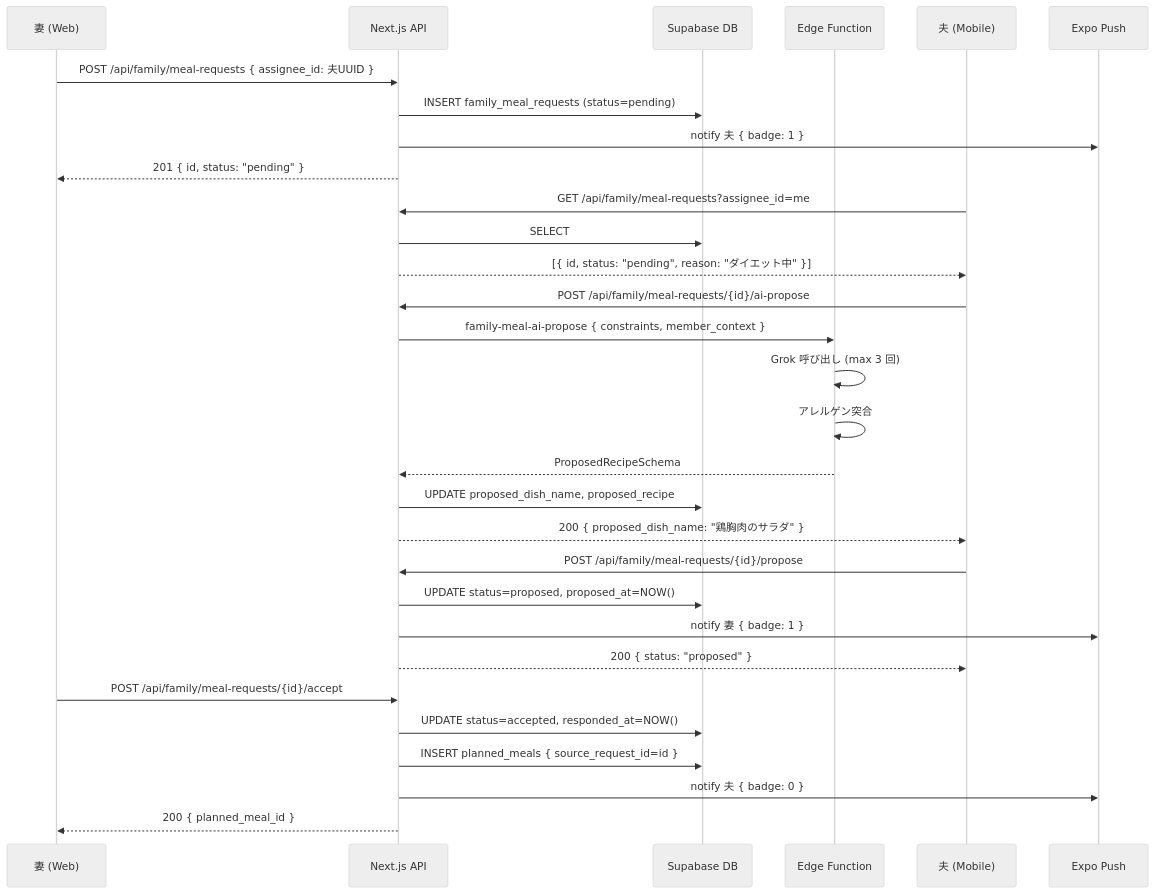
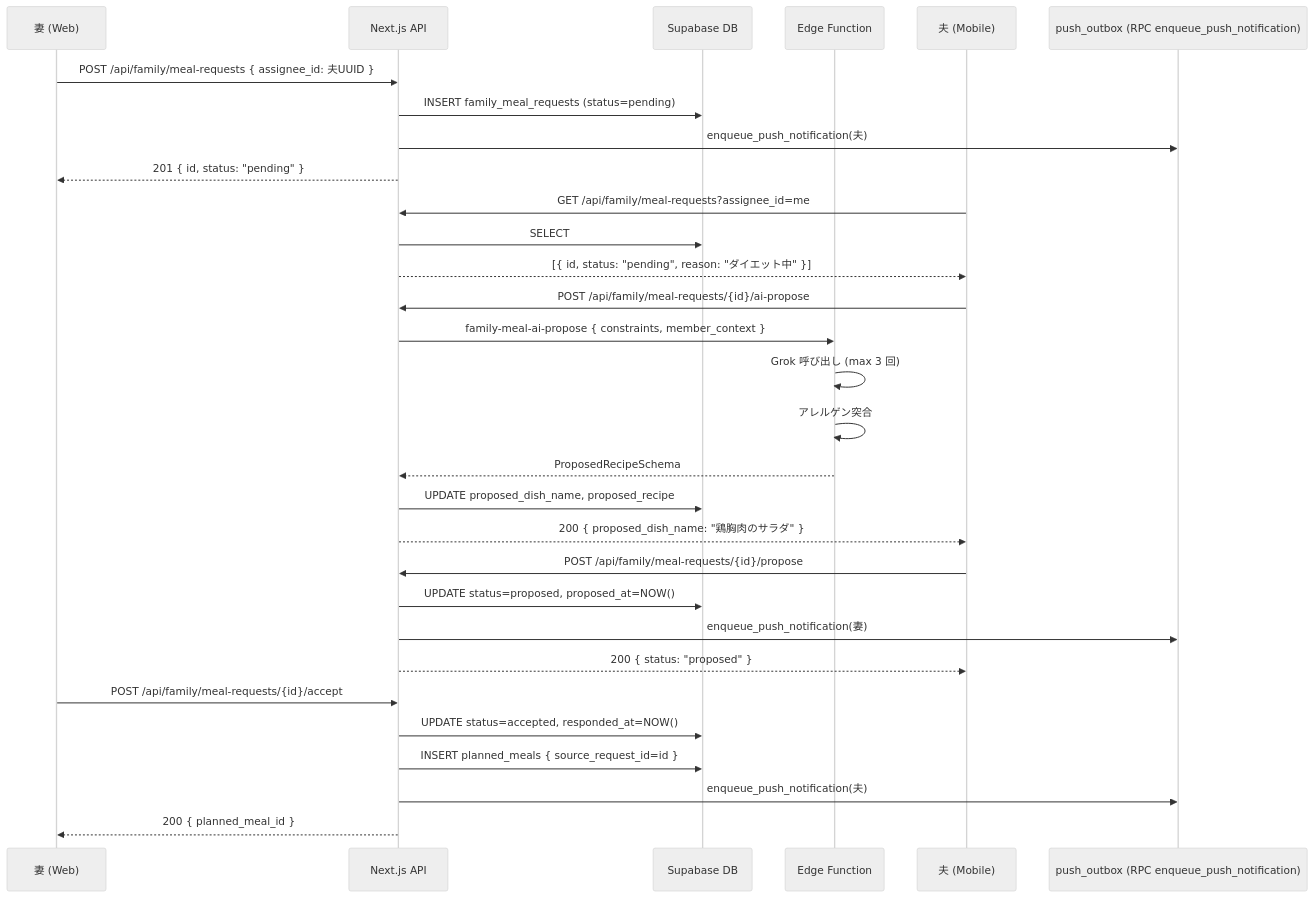
The fourth of 5 diagrams in docs/design/family/04-meal-request-flow.md (DaisukeHori/homegohan-app), drawn with Mermaid (neutral theme) before and after one commit. The commit also changed other lines of this file and 10 other files, not shown here.

````diff
--- a/docs/design/family/04-meal-request-flow.md
+++ b/docs/design/family/04-meal-request-flow.md
@@ -369,37 +368,37 @@
 ```mermaid
 sequenceDiagram
   participant W as 妻 (Web)
   participant API as Next.js API
   participant DB as Supabase DB
   participant EF as Edge Function
   participant H as 夫 (Mobile)
-  participant Push as Expo Push
+  participant Push as push_outbox (RPC enqueue_push_notification)
 
   W->>API: POST /api/family/meal-requests { assignee_id: 夫UUID }
   API->>DB: INSERT family_meal_requests (status=pending)
-  API->>Push: notify 夫 { badge: 1 }
+  API->>Push: enqueue_push_notification(夫)
   API-->>W: 201 { id, status: "pending" }
 
   H->>API: GET /api/family/meal-requests?assignee_id=me
   API->>DB: SELECT
   API-->>H: [{ id, status: "pending", reason: "ダイエット中" }]
 
   H->>API: POST /api/family/meal-requests/{id}/ai-propose
   API->>EF: family-meal-ai-propose { constraints, member_context }
   EF->>EF: Grok 呼び出し (max 3 回)
   EF->>EF: アレルゲン突合
   EF-->>API: ProposedRecipeSchema
   API->>DB: UPDATE proposed_dish_name, proposed_recipe
   API-->>H: 200 { proposed_dish_name: "鶏胸肉のサラダ" }
 
   H->>API: POST /api/family/meal-requests/{id}/propose
   API->>DB: UPDATE status=proposed, proposed_at=NOW()
-  API->>Push: notify 妻 { badge: 1 }
+  API->>Push: enqueue_push_notification(妻)
   API-->>H: 200 { status: "proposed" }
 
   W->>API: POST /api/family/meal-requests/{id}/accept
   API->>DB: UPDATE status=accepted, responded_at=NOW()
   API->>DB: INSERT planned_meals { source_request_id=id }
-  API->>Push: notify 夫 { badge: 0 }
+  API->>Push: enqueue_push_notification(夫)
   API-->>W: 200 { planned_meal_id }
 ```
````
